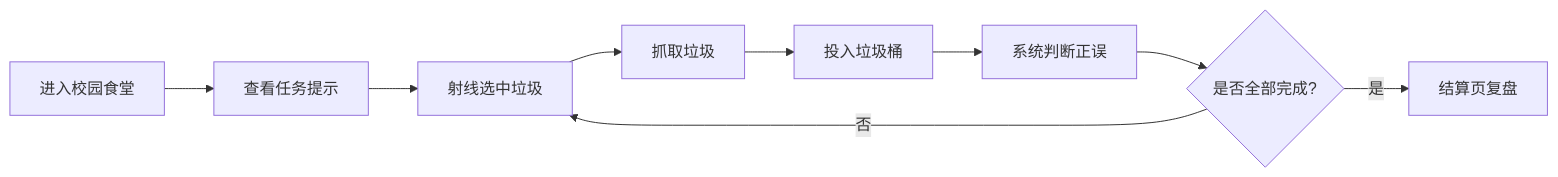
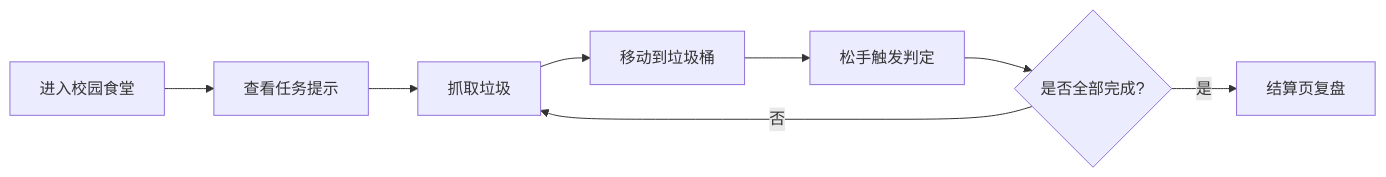
Before and after one commit to LiuAHao/vr-waste-sorting: the diagram in docs/design/MVP设计方案.md, drawn with Mermaid. The commit also changed other lines of this file and 216 other files, not shown here.

````diff
--- a/docs/design/MVP设计方案.md
+++ b/docs/design/MVP设计方案.md
@@ -24,11 +24,10 @@
 ```mermaid
 flowchart LR
     A[进入校园食堂] --> B[查看任务提示]
-    B --> C[射线选中垃圾]
-    C --> D[抓取垃圾]
-    D --> E[投入垃圾桶]
-    E --> F[系统判断正误]
-    F --> G{是否全部完成?}
-    G -- 否 --> C
-    G -- 是 --> H[结算页复盘]
+    B --> C[抓取垃圾]
+    C --> D[移动到垃圾桶]
+    D --> E[松手触发判定]
+    E --> F{是否全部完成?}
+    F -- 否 --> C
+    F -- 是 --> G[结算页复盘]
 ```
````
